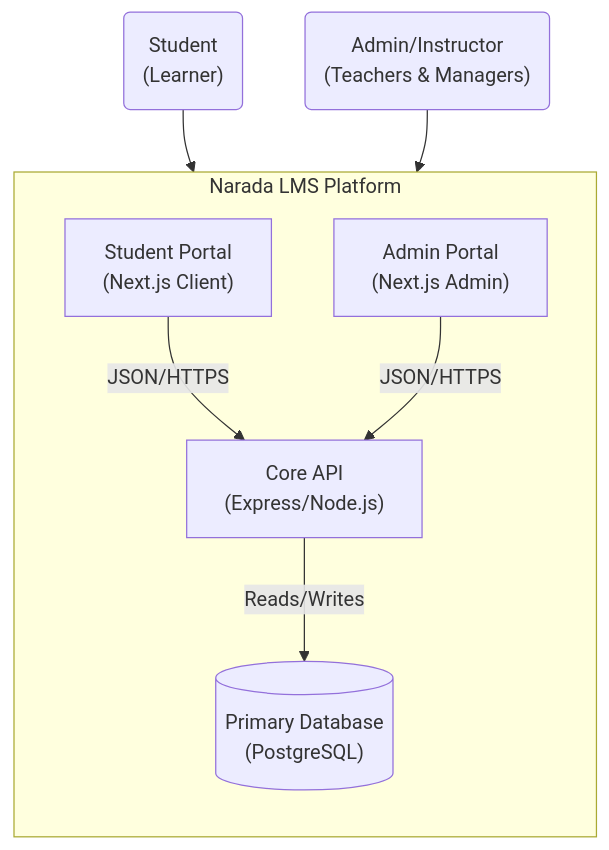
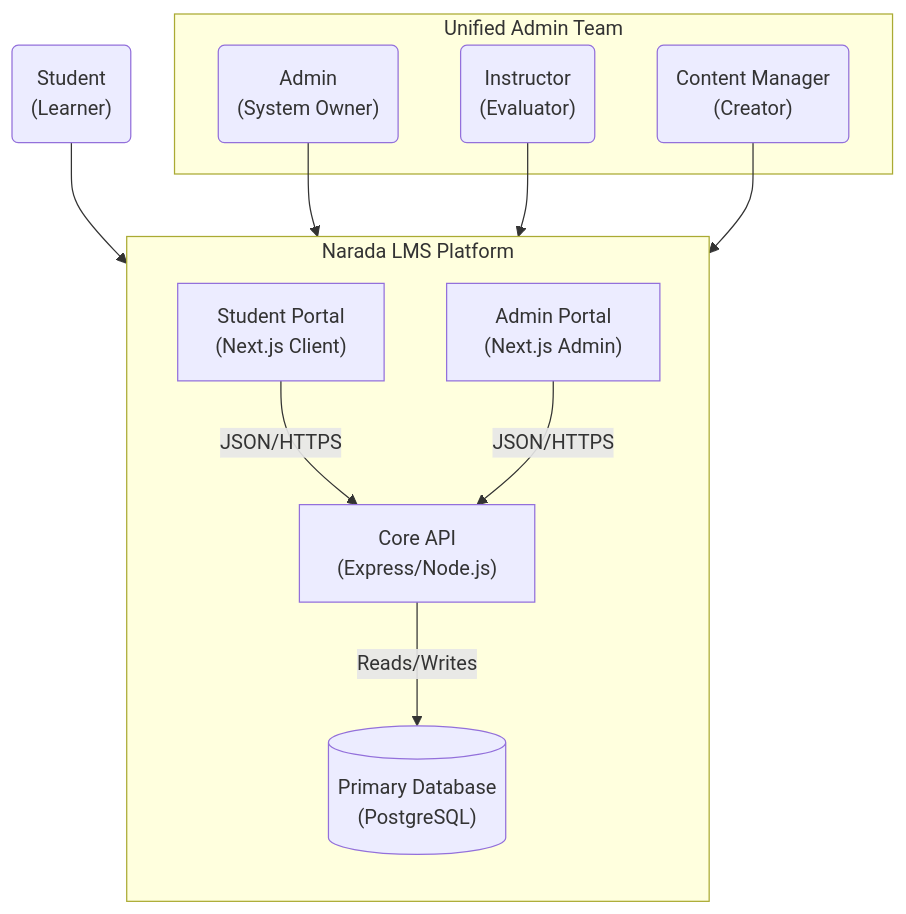
One commit to gurukrupavedic/NaradaLMS changed the second of 2 diagrams in docs/architecture-replatforming-strategy.md. Above: the diagram before and after it, drawn with Mermaid. The commit also changed other lines of this file, not shown here.

````diff
--- a/docs/architecture-replatforming-strategy.md
+++ b/docs/architecture-replatforming-strategy.md
@@ -46,23 +46,28 @@
 ```mermaid
 graph TB
     %% Nodes
     Student("Student<br/>(Learner)")
-    Admin("Admin/Instructor<br/>(Teachers & Managers)")
+    
+    subgraph "Unified Admin Team"
+        Admin("Admin<br/>(System Owner)")
+        Instructor("Instructor<br/>(Evaluator)")
+        ContentMgr("Content Manager<br/>(Creator)")
+    end
 
     subgraph "Narada LMS Platform"
         direction TB
         StudentApp["Student Portal<br/>(Next.js Client)"]
         AdminApp["Admin Portal<br/>(Next.js Admin)"]
         API["Core API<br/>(Express/Node.js)"]
         DB[("Primary Database<br/>(PostgreSQL)")]
     end
 
     %% Relations
     Student --> StudentApp
-    Admin --> AdminApp
+    Admin & Instructor & ContentMgr --> AdminApp
     
     StudentApp -->|JSON/HTTPS| API
     AdminApp -->|JSON/HTTPS| API
     
     API -->|Reads/Writes| DB
 ```
````
